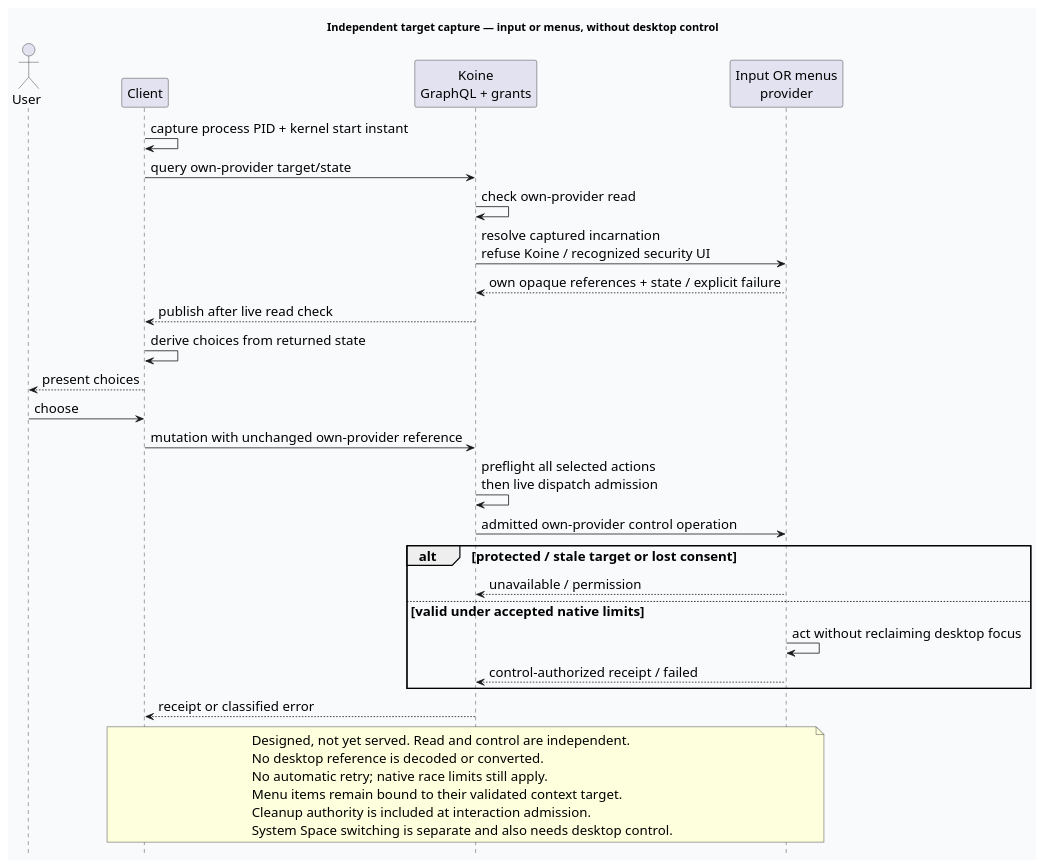
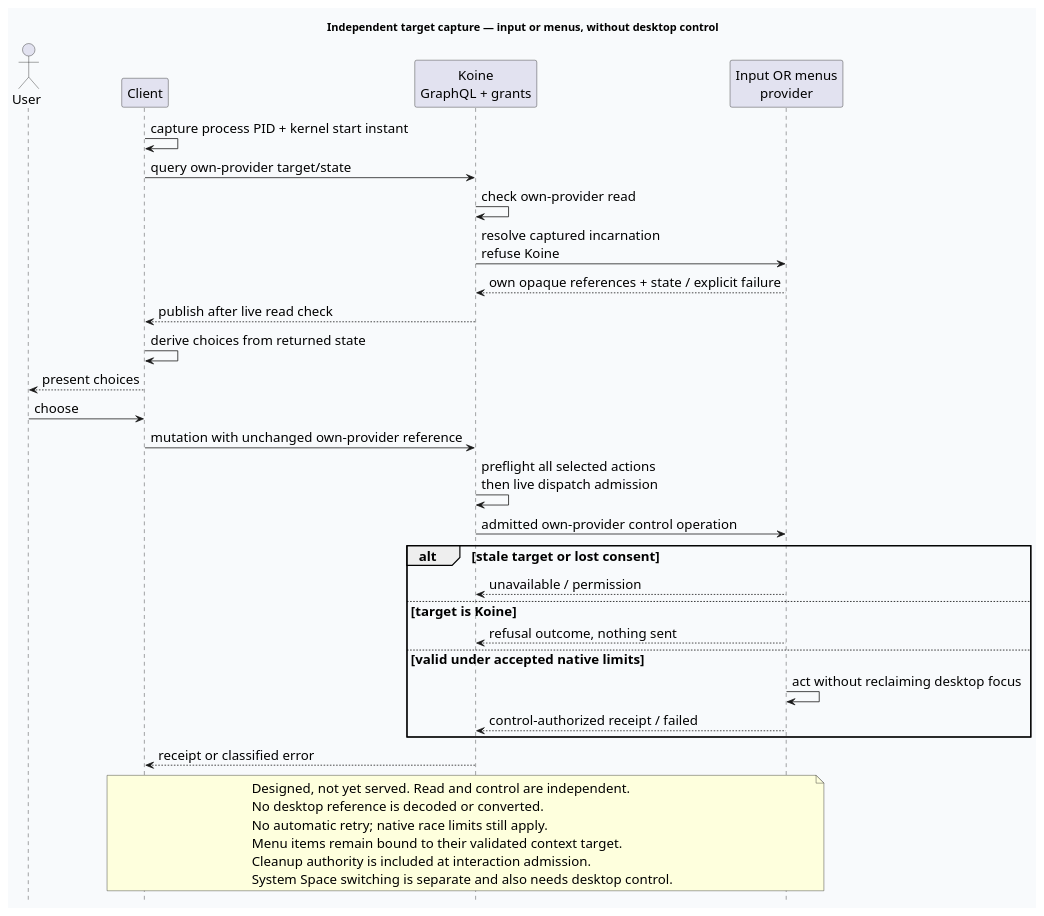
The diagram in docs/design/architecture/workflow-targets.puml (Linkuistics/Koine), drawn with PlantUML before and after one commit. The commit also changed 14 other files, not shown here.

```diff
--- a/docs/design/architecture/workflow-targets.puml
+++ b/docs/design/architecture/workflow-targets.puml
@@ -1,39 +1,41 @@
 @startuml workflow-targets
 skinparam backgroundColor #F8FAFC
 skinparam defaultFontName Helvetica
 skinparam defaultFontSize 17
 skinparam shadowing false
 hide footbox
 title Independent target capture — input or menus, without desktop control
 actor User
 participant Client
 participant "Koine\nGraphQL + grants" as Host
 participant "Input OR menus\nprovider" as Provider
 Client -> Client: capture process PID + kernel start instant
 Client -> Host: query own-provider target/state
 Host -> Host: check own-provider read
-Host -> Provider: resolve captured incarnation\nrefuse Koine / recognized security UI
+Host -> Provider: resolve captured incarnation\nrefuse Koine
 Provider --> Host: own opaque references + state / explicit failure
 Host --> Client: publish after live read check
 Client -> Client: derive choices from returned state
 Client --> User: present choices
 User -> Client: choose
 Client -> Host: mutation with unchanged own-provider reference
 Host -> Host: preflight all selected actions\nthen live dispatch admission
 Host -> Provider: admitted own-provider control operation
-alt protected / stale target or lost consent
+alt stale target or lost consent
 Provider --> Host: unavailable / permission
+else target is Koine
+Provider --> Host: refusal outcome, nothing sent
 else valid under accepted native limits
 Provider -> Provider: act without reclaiming desktop focus
 Provider --> Host: control-authorized receipt / failed
 end
 Host --> Client: receipt or classified error
 note over Client,Provider
 Designed, not yet served. Read and control are independent.
 No desktop reference is decoded or converted.
 No automatic retry; native race limits still apply.
 Menu items remain bound to their validated context target.
 Cleanup authority is included at interaction admission.
 System Space switching is separate and also needs desktop control.
 end note
 @enduml
```
